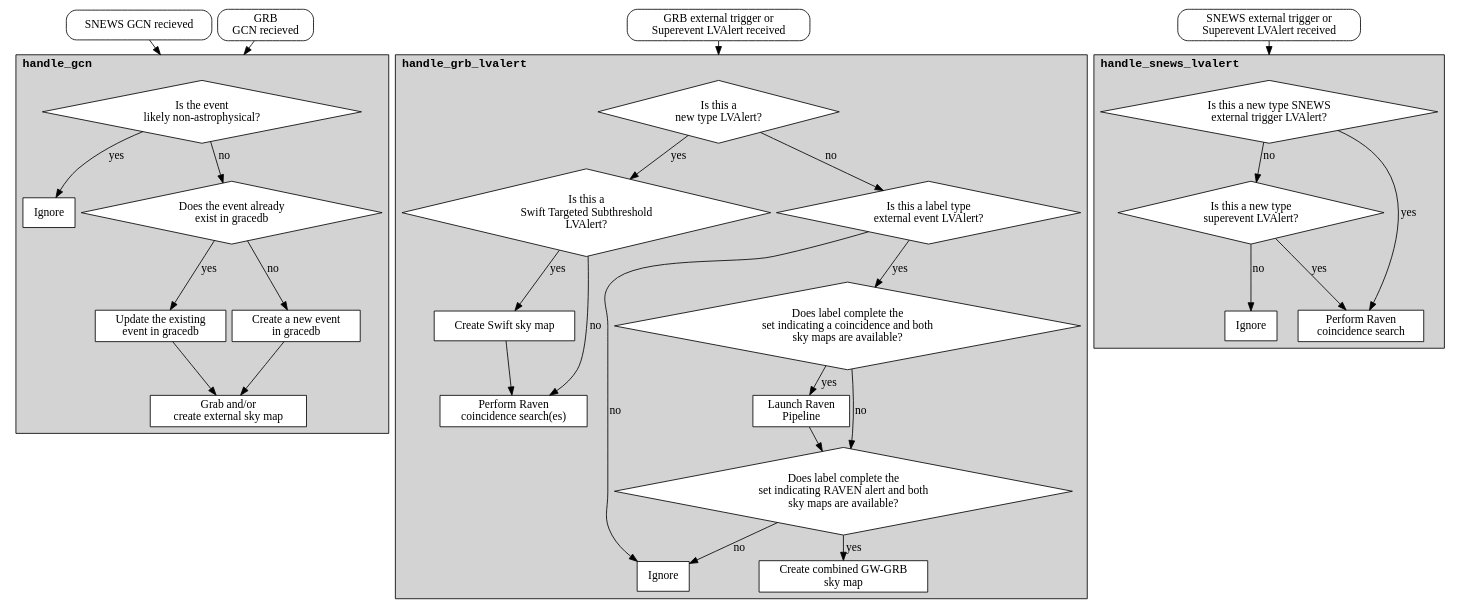
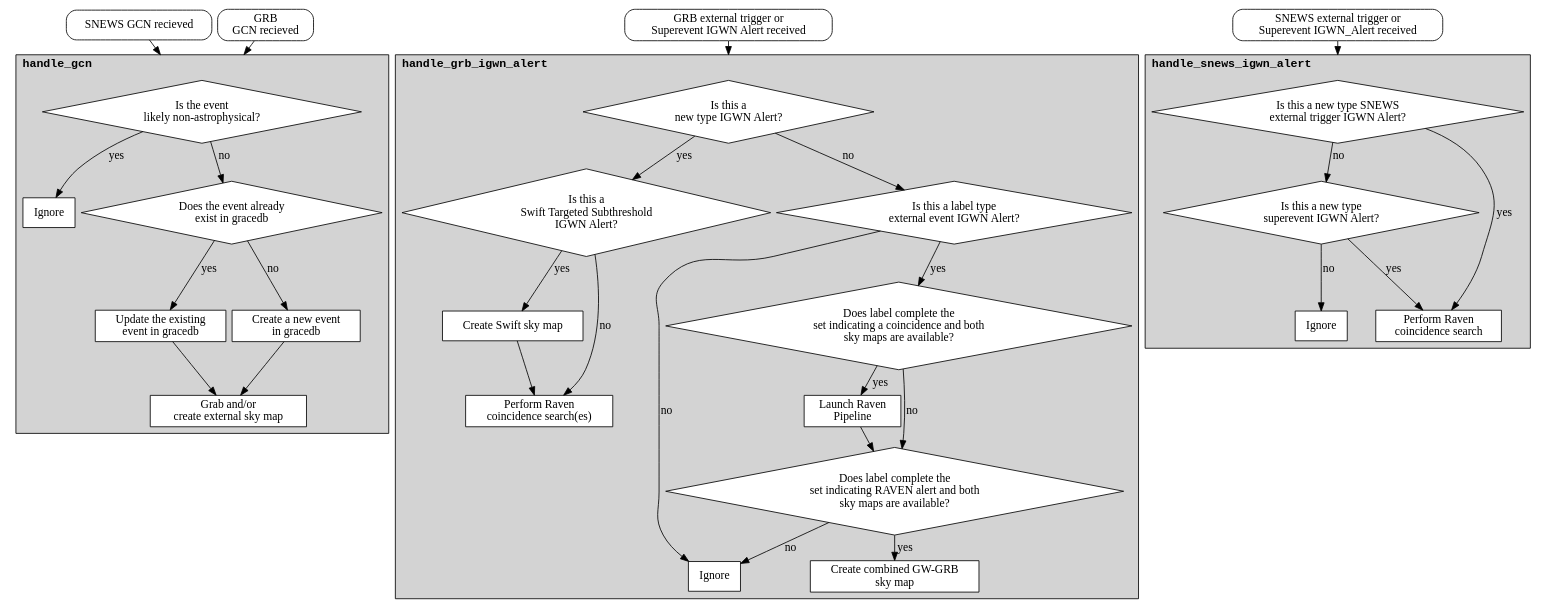
One commit to lpsinger/gwcelery changed the diagram in doc/gwcelery.tasks.external_triggers.rst. Above: the diagram before and after it, drawn with Graphviz. The commit also changed other lines of this file and 53 other files, not shown here.

Commit message:
port over to igwn_alert client

```diff
--- a/doc/gwcelery.tasks.external_triggers.rst
+++ b/doc/gwcelery.tasks.external_triggers.rst
@@ -101,36 +101,36 @@
     Update_existing_event_in_gracedb -> Grab_create_skymap
     Create_new_event_in_gracedb -> Grab_create_skymap
 
-    GRB_External_Trigger_or_Superevent_LVAlert [
+    GRB_External_Trigger_or_Superevent_IGWN_Alert [
         style="rounded"
-        label="GRB external trigger or\nSuperevent LVAlert received"
+        label="GRB external trigger or\nSuperevent IGWN Alert received"
     ]
 
-    subgraph cluster_grb_lvalert_handle {
-        href = "../gwcelery.tasks.external_triggers.html#gwcelery.tasks.external_triggers.handle_grb_lvalert"
-        label = <<B><FONT face="monospace">handle_grb_lvalert</FONT></B>>
+    subgraph cluster_grb_igwn_alert_handle {
+        href = "../gwcelery.tasks.external_triggers.html#gwcelery.tasks.external_triggers.handle_grb_igwn_alert"
+        label = <<B><FONT face="monospace">handle_grb_igwn_alert</FONT></B>>
 
         Ignore [
             label="Ignore"
         ]
 
-        Is_New_LVAlert [
+        Is_New_IGWN_Alert [
             shape=diamond
-            label="Is this a\nnew type LVAlert?"
+            label="Is this a\nnew type IGWN Alert?"
         ]
 
-        Is_Swift_Subthresh_LVAlert [
+        Is_Swift_Subthresh_IGWN_Alert [
             shape=diamond
-            label="Is this a\nSwift Targeted Subthreshold\nLVAlert?"
+            label="Is this a\nSwift Targeted Subthreshold\nIGWN Alert?"
         ]
 
         Create_Swift_Skymap [
             label="Create Swift sky map"
         ]
 
-        Is_Label_Exttrig_LVAlert [
+        Is_Label_Exttrig_IGWN_Alert [
             shape=diamond
-            label="Is this a label type\nexternal event LVAlert?"
+            label="Is this a label type\nexternal event IGWN Alert?"
         ]
 
         Perform_Raven_Search [
@@ -157,43 +157,43 @@
 
     }
 
-    GRB_External_Trigger_or_Superevent_LVAlert -> Is_New_LVAlert [
-        lhead = cluster_grb_lvalert_handle
+    GRB_External_Trigger_or_Superevent_IGWN_Alert -> Is_New_IGWN_Alert [
+        lhead = cluster_grb_igwn_alert_handle
     ]
-    Is_New_LVAlert -> Is_Swift_Subthresh_LVAlert[label="yes"]
-    Is_Swift_Subthresh_LVAlert -> Create_Swift_Skymap[label="yes"]
+    Is_New_IGWN_Alert -> Is_Swift_Subthresh_IGWN_Alert[label="yes"]
+    Is_Swift_Subthresh_IGWN_Alert -> Create_Swift_Skymap[label="yes"]
     Create_Swift_Skymap -> Perform_Raven_Search
-    Is_Swift_Subthresh_LVAlert -> Perform_Raven_Search[label="no"]
-    Is_New_LVAlert -> Is_Label_Exttrig_LVAlert[label="no"]
-    Is_Label_Exttrig_LVAlert -> Does_Label_Launch_Pipeline[label="yes"]
-    Is_Label_Exttrig_LVAlert -> Ignore[label="no"]
+    Is_Swift_Subthresh_IGWN_Alert -> Perform_Raven_Search[label="no"]
+    Is_New_IGWN_Alert -> Is_Label_Exttrig_IGWN_Alert[label="no"]
+    Is_Label_Exttrig_IGWN_Alert -> Does_Label_Launch_Pipeline[label="yes"]
+    Is_Label_Exttrig_IGWN_Alert -> Ignore[label="no"]
     Does_Label_Launch_Pipeline -> Launch_Raven_Pipeline[label="yes"]
     Does_Label_Launch_Pipeline -> Does_Label_Launch_Combined_Skymaps[label="no"]
     Launch_Raven_Pipeline -> Does_Label_Launch_Combined_Skymaps
     Does_Label_Launch_Combined_Skymaps -> Create_Combined_Skymap[label="yes"]
     Does_Label_Launch_Combined_Skymaps -> Ignore[label="no"]
 
-    SNEWS_External_Trigger_or_Superevent_LVAlert [
+    SNEWS_External_Trigger_or_Superevent_IGWN_Alert [
         style="rounded"
-        label="SNEWS external trigger or\nSuperevent LVAlert received"
+        label="SNEWS external trigger or\nSuperevent IGWN_Alert received"
     ]
 
-    subgraph cluster_snews_lvalert_handle {
-        href = "../gwcelery.tasks.external_triggers.html#gwcelery.tasks.external_triggers.handle_snews_lvalert"
-        label = <<B><FONT face="monospace">handle_snews_lvalert</FONT></B>>
+    subgraph cluster_snews_igwn_alert_handle {
+        href = "../gwcelery.tasks.external_triggers.html#gwcelery.tasks.external_triggers.handle_snews_igwn_alert"
+        label = <<B><FONT face="monospace">handle_snews_igwn_alert</FONT></B>>
 
         ignore [
             label="Ignore"
         ]
 
-        is_new_exttrig_lvalert [
+        is_new_exttrig_igwn_alert [
             shape=diamond
-            label="Is this a new type SNEWS\nexternal trigger LVAlert?"
+            label="Is this a new type SNEWS\nexternal trigger IGWN Alert?"
         ]
 
-        is_new_superevent_lvalert [
+        is_new_superevent_igwn_alert [
             shape=diamond
-            label="Is this a new type\nsuperevent LVAlert?"
+            label="Is this a new type\nsuperevent IGWN Alert?"
         ]
 
         perform_raven_search [
@@ -201,10 +201,10 @@
         ]
     }
 
-    SNEWS_External_Trigger_or_Superevent_LVAlert -> is_new_exttrig_lvalert [
-        lhead = cluster_snews_lvalert_handle
+    SNEWS_External_Trigger_or_Superevent_IGWN_Alert -> is_new_exttrig_igwn_alert [
+        lhead = cluster_snews_igwn_alert_handle
     ]
-    is_new_exttrig_lvalert -> perform_raven_search[label="yes"]
-    is_new_exttrig_lvalert -> is_new_superevent_lvalert[label="no"]
-    is_new_superevent_lvalert -> perform_raven_search[label="yes"]
-    is_new_superevent_lvalert -> ignore[label="no"]
+    is_new_exttrig_igwn_alert -> perform_raven_search[label="yes"]
+    is_new_exttrig_igwn_alert -> is_new_superevent_igwn_alert[label="no"]
+    is_new_superevent_igwn_alert -> perform_raven_search[label="yes"]
+    is_new_superevent_igwn_alert -> ignore[label="no"]
```
